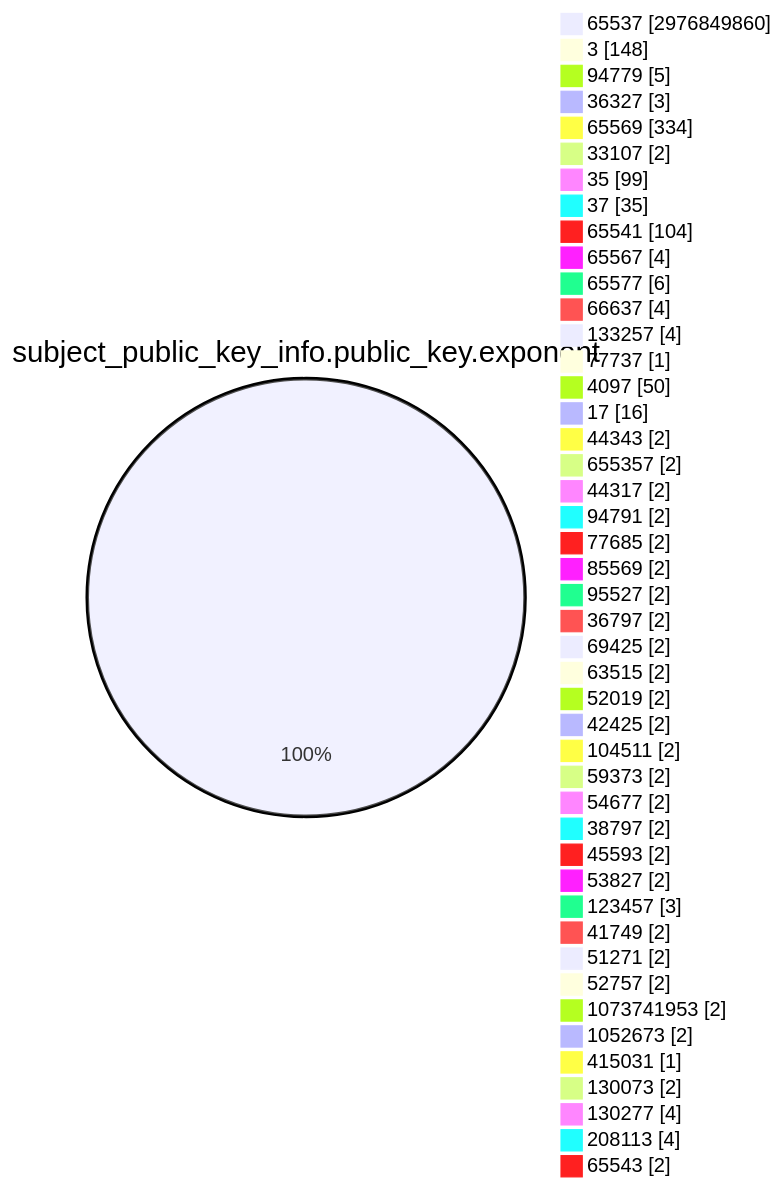
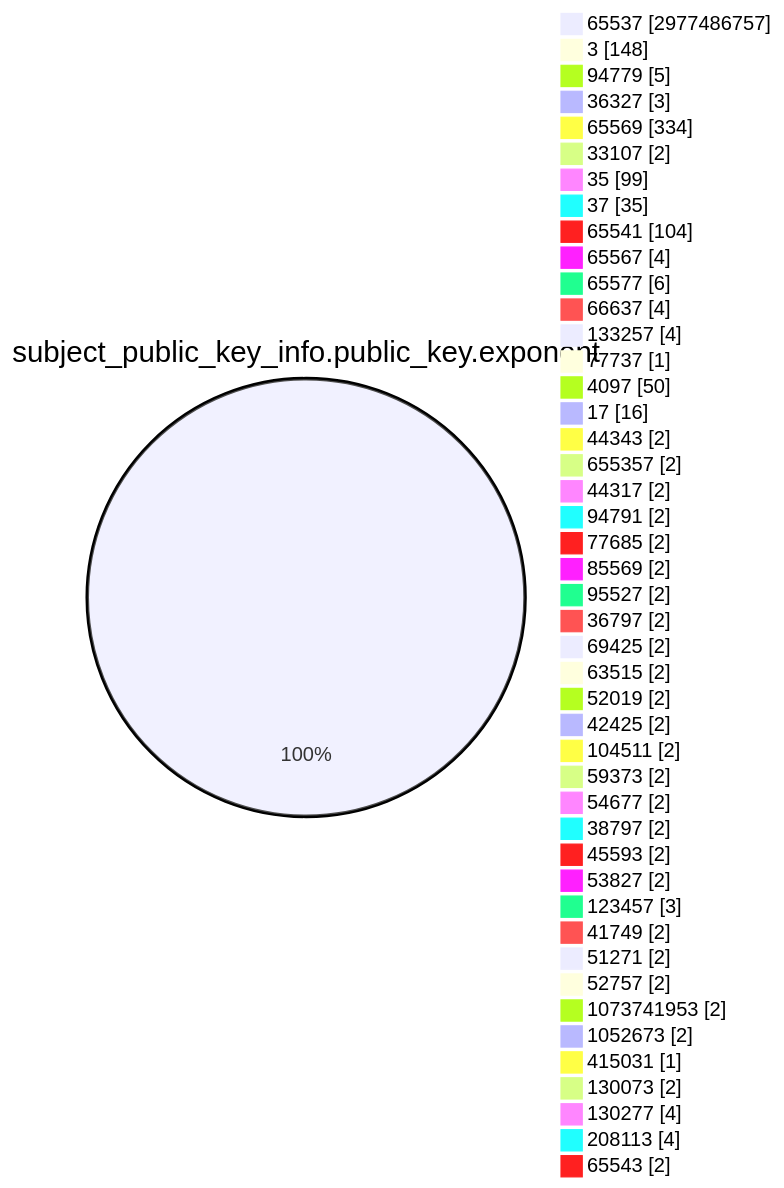
One commit to christiankrug/ctmonitor_visualization changed the fourth of 15 diagrams in TOTAL/README.md. Above: the diagram before and after it, drawn with Mermaid. The commit also changed other lines of this file, not shown here.

````diff
--- a/TOTAL/README.md
+++ b/TOTAL/README.md
@@ -1471,49 +1471,49 @@
 ```mermaid
 pie showData
 title subject_public_key_info.public_key.exponent
-"65537" :2976849860
+"65537" :2977486757
 "3" :148
 "94779" :5
 "36327" :3
 "65569" :334
 "33107" :2
 "35" :99
 "37" :35
 "65541" :104
 "65567" :4
 "65577" :6
 "66637" :4
 "133257" :4
 "77737" :1
 "4097" :50
 "17" :16
 "44343" :2
 "655357" :2
 "44317" :2
 "94791" :2
 "77685" :2
 "85569" :2
 "95527" :2
 "36797" :2
 "69425" :2
 "63515" :2
 "52019" :2
 "42425" :2
 "104511" :2
 "59373" :2
 "54677" :2
 "38797" :2
 "45593" :2
 "53827" :2
 "123457" :3
 "41749" :2
 "51271" :2
 "52757" :2
 "1073741953" :2
 "1052673" :2
 "415031" :1
 "130073" :2
 "130277" :4
 "208113" :4
 "65543" :2
 ```
````
